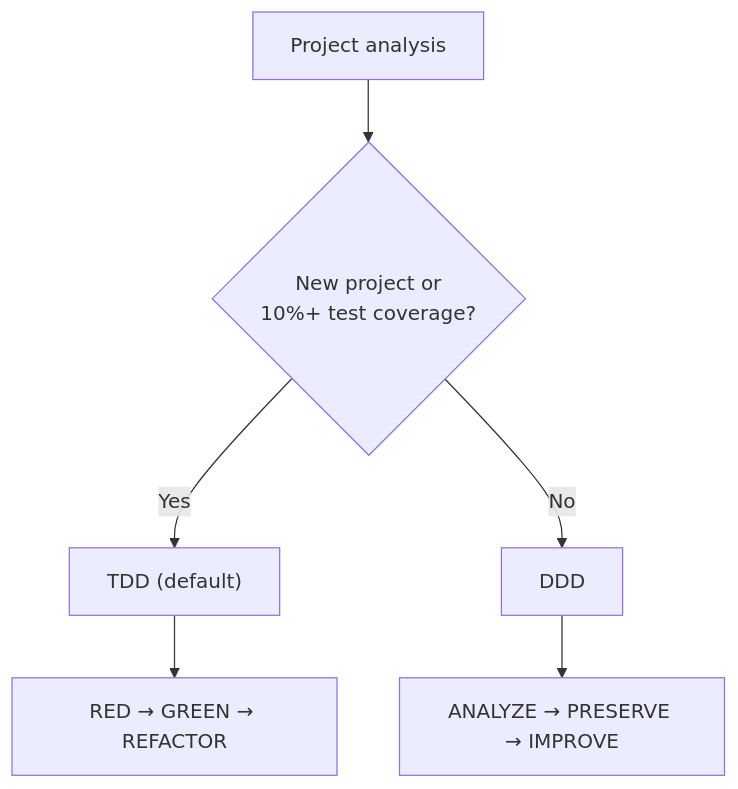
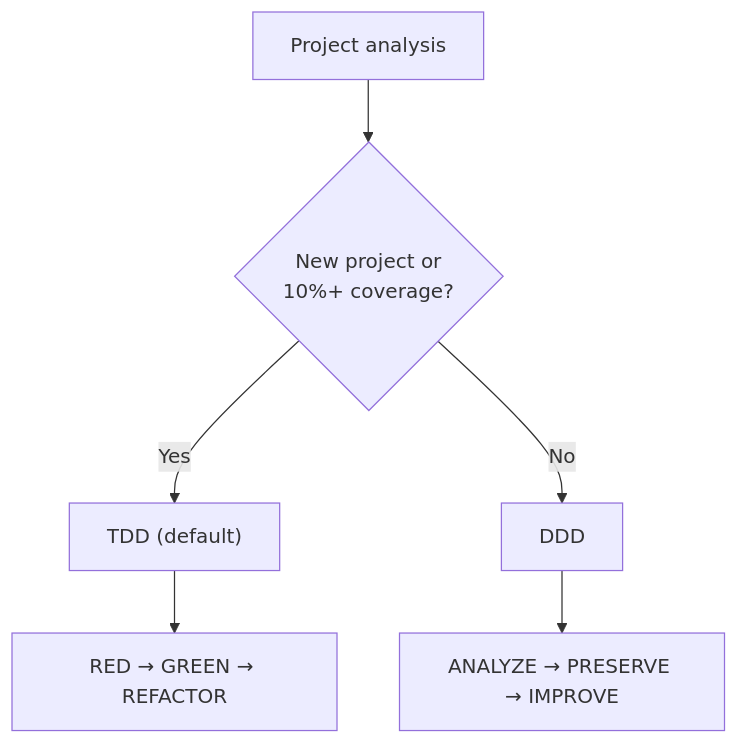
The third of 3 diagrams in README.md (modu-ai/moai-adk), drawn with Mermaid before and after one commit. The commit also changed other lines of this file and 2 other files, not shown here.

````diff
--- a/README.md
+++ b/README.md
@@ -375,8 +396,8 @@
 ```mermaid
 flowchart TD
-    A["Project analysis"] --> B{"New project or<br/>10%+ test coverage?"}
+    A["Project analysis"] --> B{"New project or<br/>10%+ coverage?"}
     B -->|"Yes"| C["TDD (default)"]
     B -->|"No"| D["DDD"]
     C --> F["RED → GREEN → REFACTOR"]
     D --> G["ANALYZE → PRESERVE → IMPROVE"]
 ```
````
